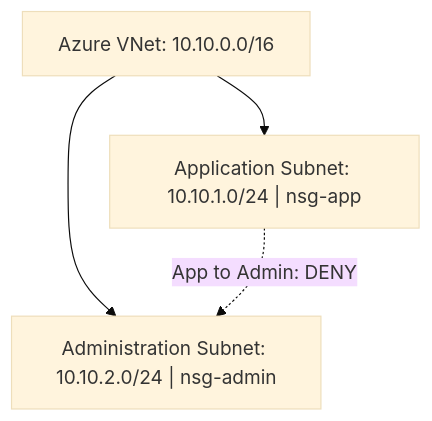
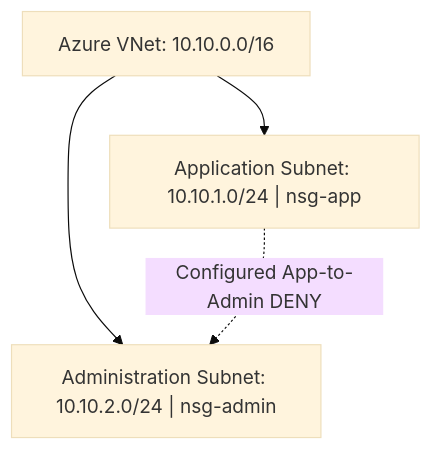
Before and after one commit to mustaafawaalee/azure-enterprise-network-segmentation: the diagram in README.md, drawn with Mermaid (base theme). The commit also changed other lines of this file, not shown here.

````diff
--- a/README.md
+++ b/README.md
@@ -30,9 +32,9 @@
 ```mermaid
 flowchart TB
     V["Azure VNet: 10.10.0.0/16"]
     A["Application Subnet: 10.10.1.0/24 | nsg-app"]
     B["Administration Subnet: 10.10.2.0/24 | nsg-admin"]
     V --> A
     V --> B
-    A -. "App to Admin: DENY" .-> B
+    A -. "Configured App-to-Admin DENY" .-> B
 ```
````
